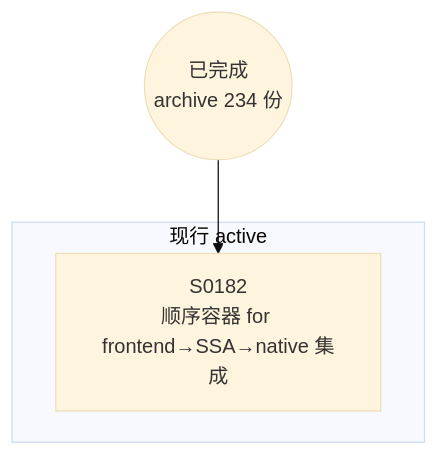
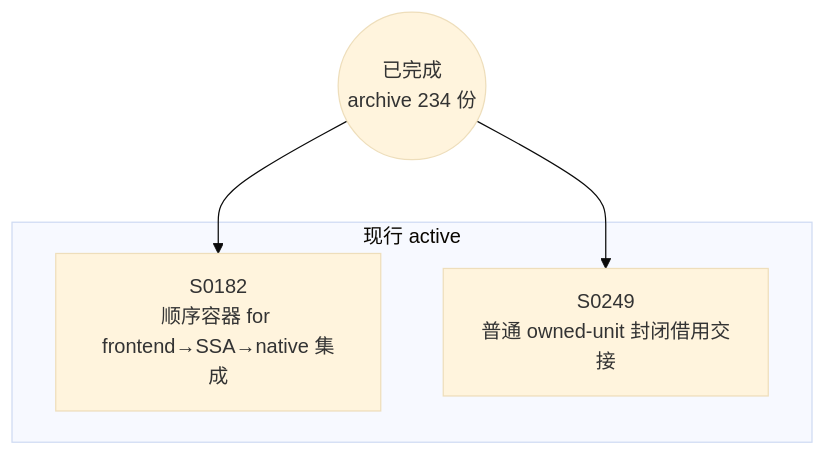
Before and after one commit to Halckon/Koven: the diagram in docs/specs/dependency-graph.md, drawn with Mermaid (base theme). The commit also changed other lines of this file and 13 other files, not shown here.

Commit message:
docs: record owned-unit handoff contracts and local checks (SPEC-0249)

````diff
--- a/docs/specs/dependency-graph.md
+++ b/docs/specs/dependency-graph.md
@@ -9,8 +9,10 @@
 ```mermaid
 flowchart TD
 ARCH(("已完成<br/>archive 234 份"))
 subgraph Gactive["现行 active"]
   S0182["S0182<br/>顺序容器 for frontend→SSA→native 集成"]
+  S0249["S0249<br/>普通 owned-unit 封闭借用交接"]
 end
 ARCH --> S0182
+ARCH --> S0249
 ```
````
